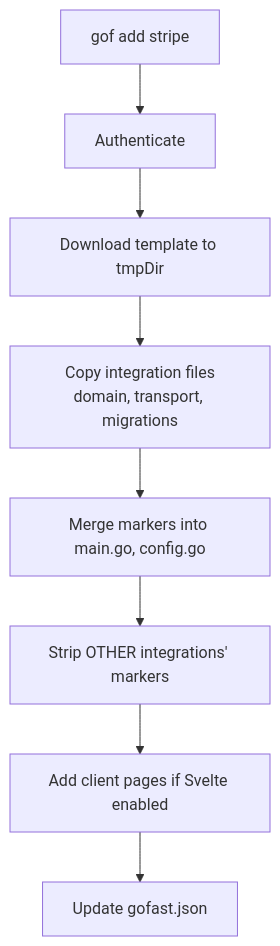
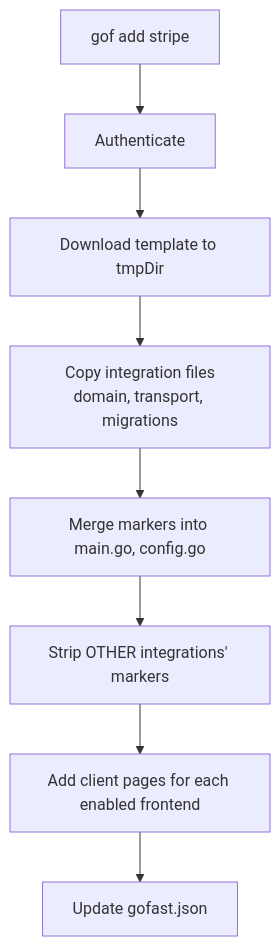
The third of 3 diagrams in CONTEXT.md (gofast-live/gofast-cli), drawn with Mermaid before and after one commit. The commit also changed other lines of this file, not shown here.

````diff
--- a/CONTEXT.md
+++ b/CONTEXT.md
@@ -305,10 +306,10 @@
 ```mermaid
 flowchart TD
   A[gof add stripe] --> B[Authenticate]
   B --> C[Download template to tmpDir]
   C --> D[Copy integration files<br/>domain, transport, migrations]
   D --> E[Merge markers into main.go, config.go]
   E --> F[Strip OTHER integrations' markers]
-  F --> G[Add client pages if Svelte enabled]
+  F --> G[Add client pages for each enabled frontend]
   G --> H[Update gofast.json]
 ```
````
